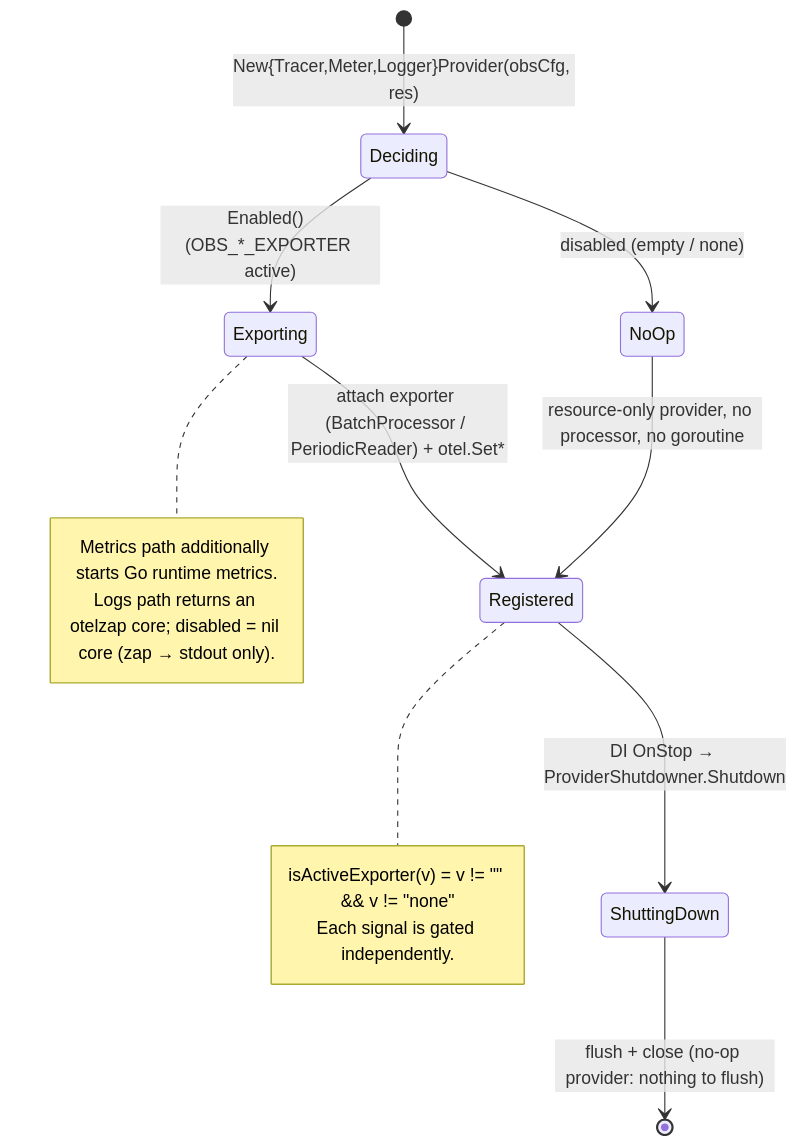
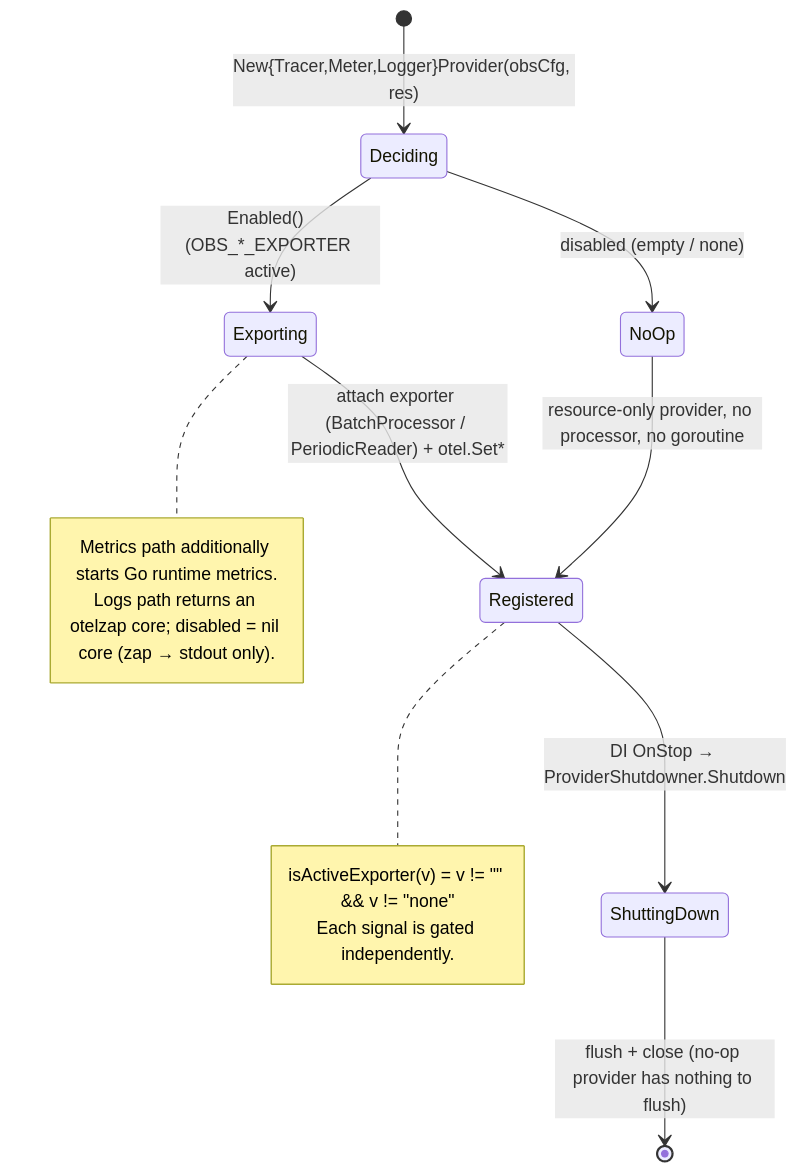
Before and after one commit to Tomy-ch/go-boilerplate: the first of 4 diagrams in docs/design/observability.md, drawn with Mermaid.

Commit message:
Docs: observability 設計図の mermaid 構文エラーを修正
stateDiagram の遷移ラベル内にコロンがあり(`(no-op provider: nothing to
flush)`)、mermaid がラベル区切りの `:` と誤認して parse error になっていた。
コロンを除いた語順へ修正。node_tool_runner に mermaid/linkedom が導入され
`make md-lint` の mermaid 検証が実働した結果として発覚したもの。

````diff
--- a/docs/design/observability.md
+++ b/docs/design/observability.md
@@ -40,19 +40,19 @@
 ```mermaid
 stateDiagram-v2
     [*] --> Deciding: New{Tracer,Meter,Logger}Provider(obsCfg, res)
     Deciding --> Exporting: <Signal>Enabled()  (OBS_*_EXPORTER active)
     Deciding --> NoOp: disabled (empty / none)
     Exporting --> Registered: attach exporter (BatchProcessor / PeriodicReader) + otel.Set*
     NoOp --> Registered: resource-only provider, no processor, no goroutine
     Registered --> ShuttingDown: DI OnStop → ProviderShutdowner.Shutdown
-    ShuttingDown --> [*]: flush + close (no-op provider: nothing to flush)
+    ShuttingDown --> [*]: flush + close (no-op provider has nothing to flush)
 
     note right of Exporting
       Metrics path additionally starts Go runtime metrics.
       Logs path returns an otelzap core; disabled = nil core (zap → stdout only).
     end note
     note right of Registered
       isActiveExporter(v) = v != "" && v != "none"
       Each signal is gated independently.
     end note
 ```
````
